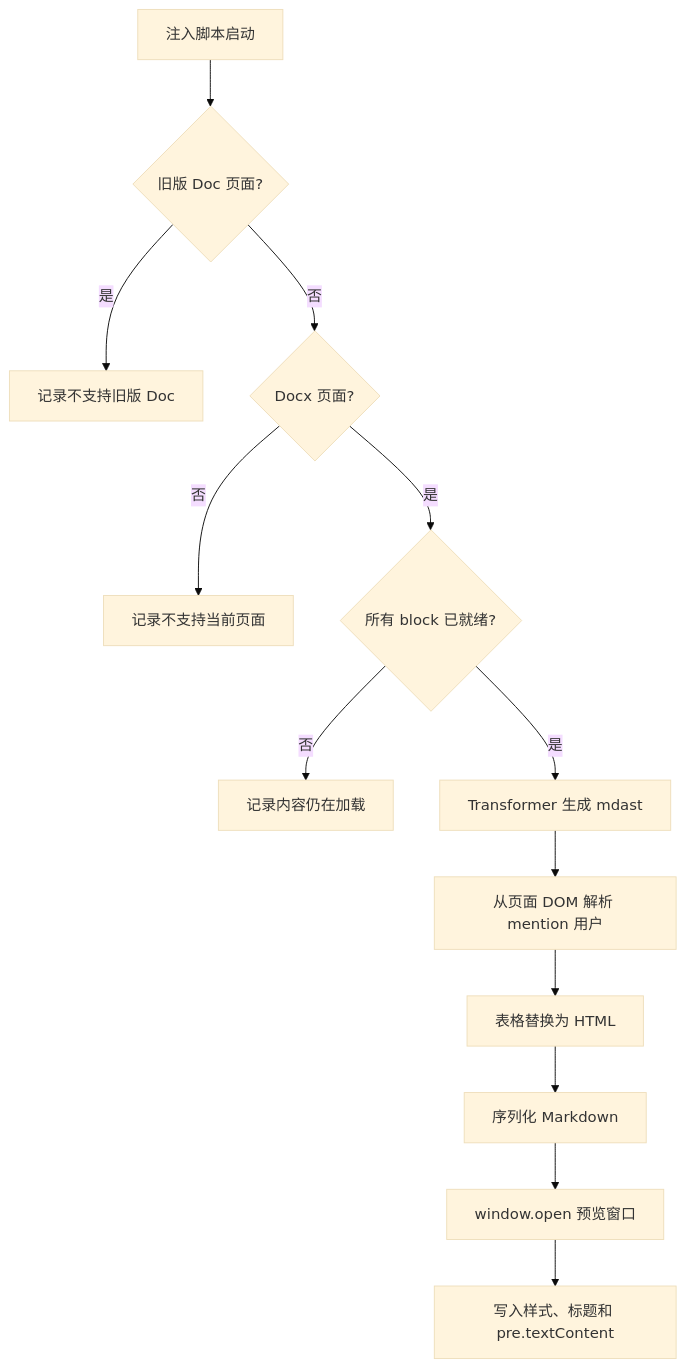
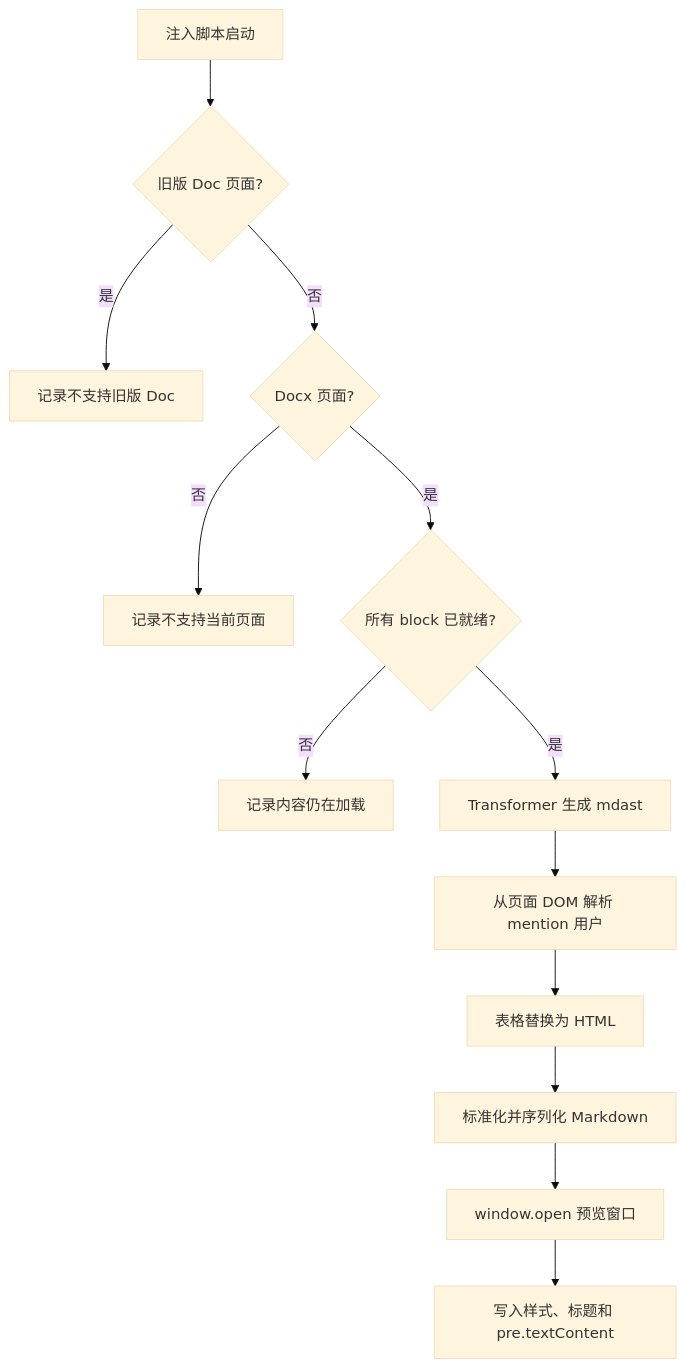
One commit to zhangpengfei-xyz/cloud-document-converter changed the third of 3 diagrams in docs/architecture-design.md. Above: the diagram before and after it, drawn with Mermaid (base theme). The commit also changed other lines of this file and 6 other files, not shown here.

````diff
--- a/docs/architecture-design.md
+++ b/docs/architecture-design.md
@@ -381,15 +390,15 @@
 ```mermaid
 flowchart TD
   Start["注入脚本启动"] --> OldDoc{"旧版 Doc 页面?"}
   OldDoc -->|是| RejectOld["记录不支持旧版 Doc"]
   OldDoc -->|否| DocxPage{"Docx 页面?"}
   DocxPage -->|否| Reject["记录不支持当前页面"]
   DocxPage -->|是| Ready{"所有 block 已就绪?"}
   Ready -->|否| Loading["记录内容仍在加载"]
   Ready -->|是| Transform["Transformer 生成 mdast"]
   Transform --> Mentions["从页面 DOM 解析 mention 用户"]
   Mentions --> Tables["表格替换为 HTML"]
-  Tables --> Stringify["序列化 Markdown"]
+  Tables --> Stringify["标准化并序列化 Markdown"]
   Stringify --> Open["window.open 预览窗口"]
   Open --> Render["写入样式、标题和 pre.textContent"]
 ```
````
